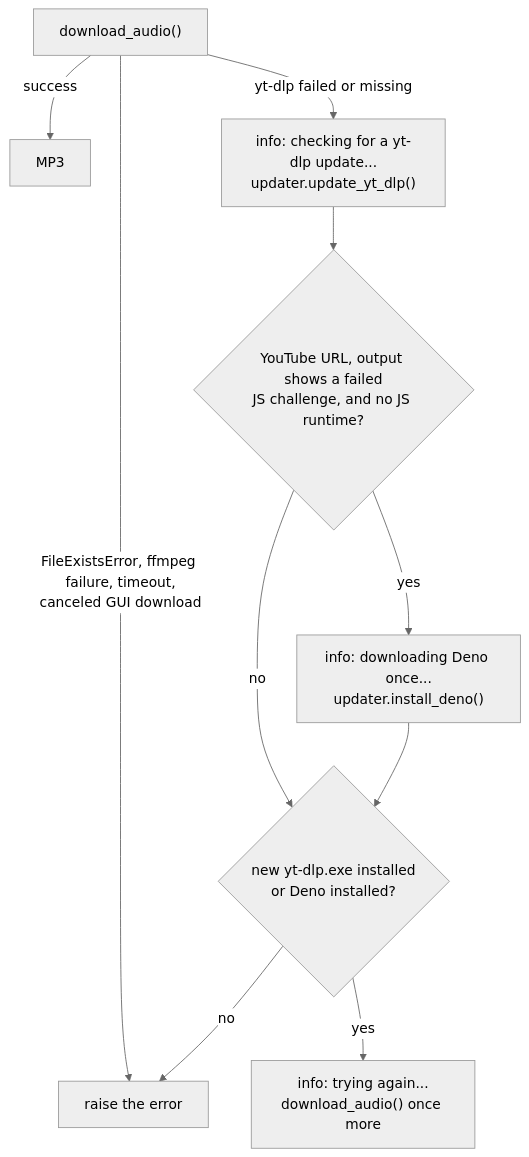
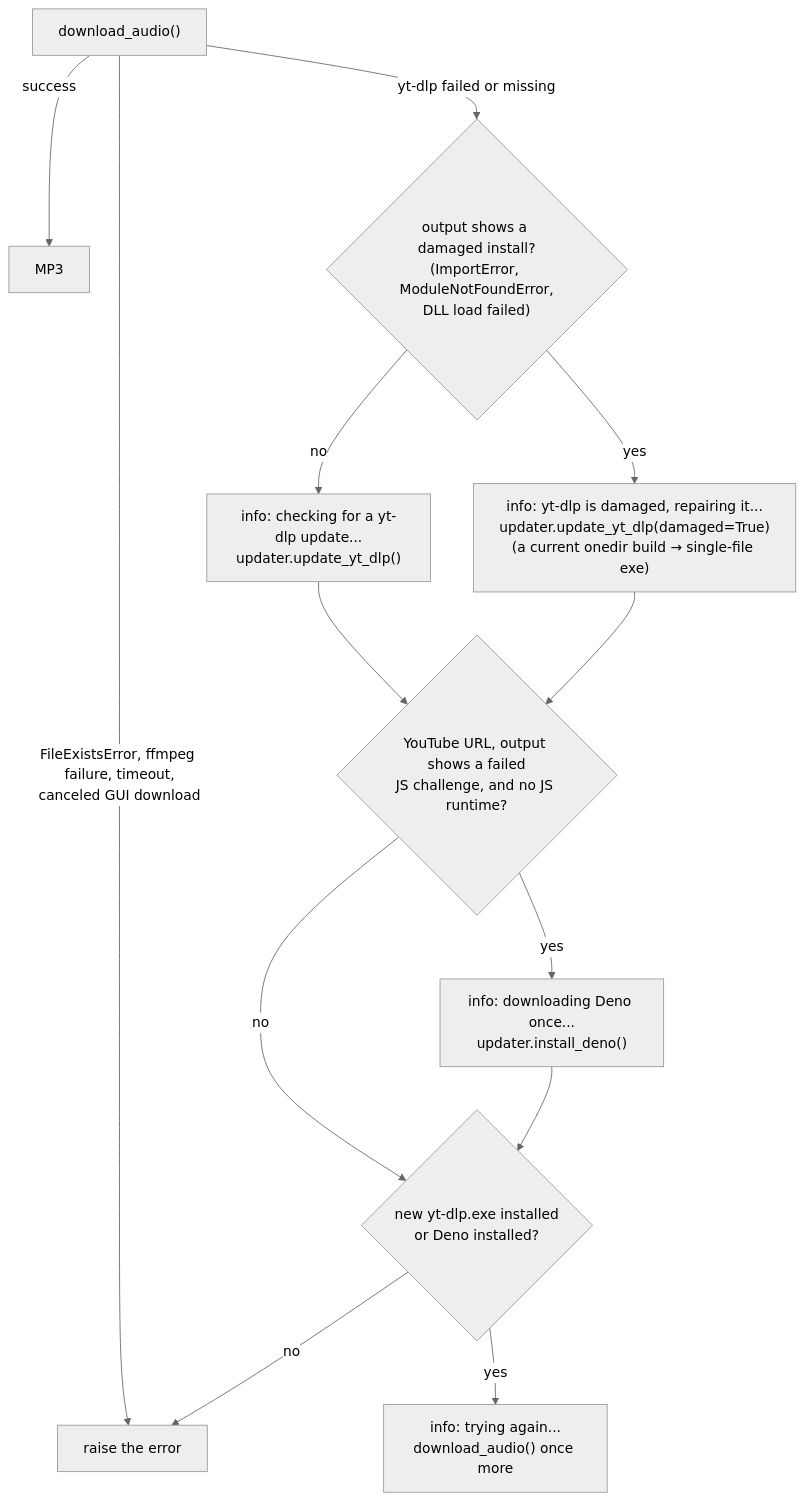
Before and after one commit to martin-iflap/YT-MP3-Downloader: diagram 16 of 22 in ARCHITECTURE.md, drawn with Mermaid (neutral theme). The commit also changed other lines of this file and 13 other files, not shown here.

Commit message:
step 4 of yt-dlp one dir refactor. Account for damaged build (internals of one dir missing). fall back to the .exe

````diff
--- a/ARCHITECTURE.md
+++ b/ARCHITECTURE.md
@@ -930,12 +942,15 @@
 ```mermaid
 flowchart TB
     A["download_audio()"] -- success --> OK["MP3"]
     A -- "FileExistsError, ffmpeg failure, timeout,<br/>canceled GUI download" --> RAISE["raise the error"]
-    A -- "yt-dlp failed or missing" --> U["info: checking for a yt-dlp update...<br/>updater.update_yt_dlp()"]
-    U --> J{"YouTube URL, output shows a failed<br/>JS challenge, and no JS runtime?"}
+    A -- "yt-dlp failed or missing" --> B{"output shows a damaged install?<br/>(ImportError, ModuleNotFoundError,<br/>DLL load failed)"}
+    B -- no --> U["info: checking for a yt-dlp update...<br/>updater.update_yt_dlp()"]
+    B -- yes --> R["info: yt-dlp is damaged, repairing it...<br/>updater.update_yt_dlp(damaged=True)<br/>(a current onedir build → single-file exe)"]
+    U --> J
+    R --> J{"YouTube URL, output shows a failed<br/>JS challenge, and no JS runtime?"}
     J -- yes --> DN["info: downloading Deno once...<br/>updater.install_deno()"]
     J -- no --> C
     DN --> C{"new yt-dlp.exe installed<br/>or Deno installed?"}
     C -- no --> RAISE
     C -- yes --> RETRY["info: trying again...<br/>download_audio() once more"]
 ```
````
